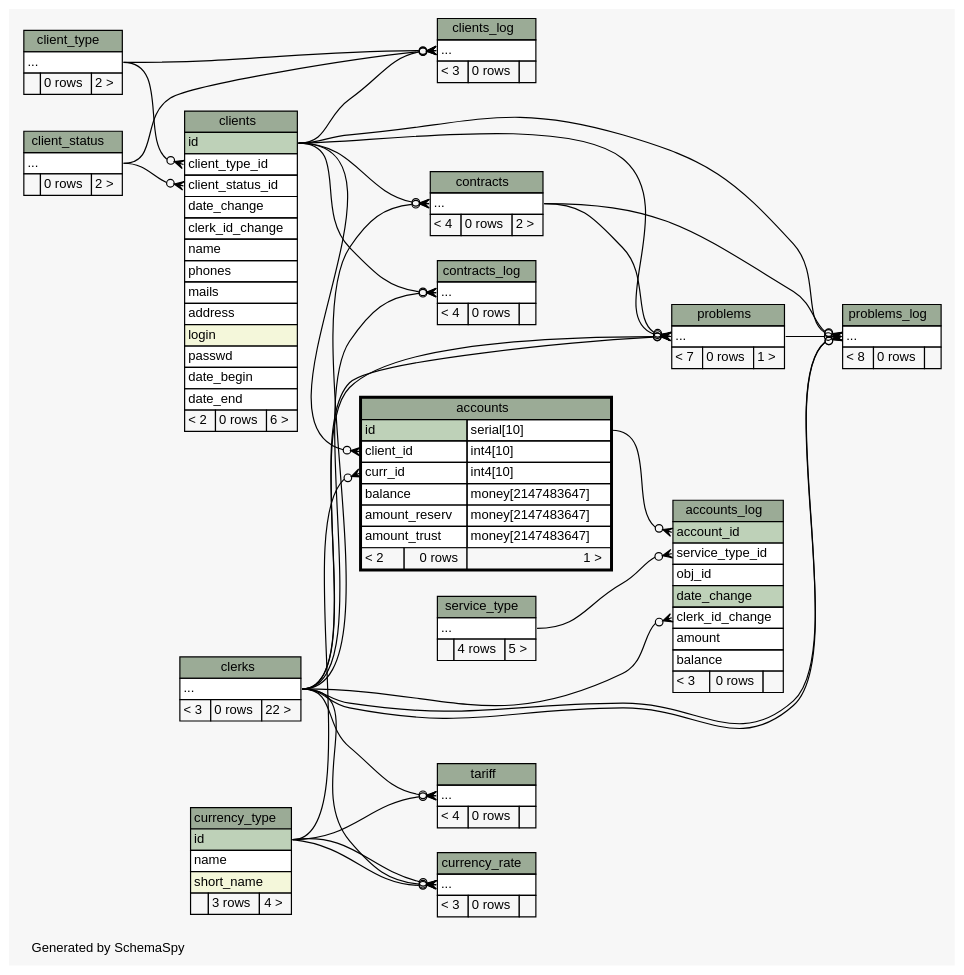
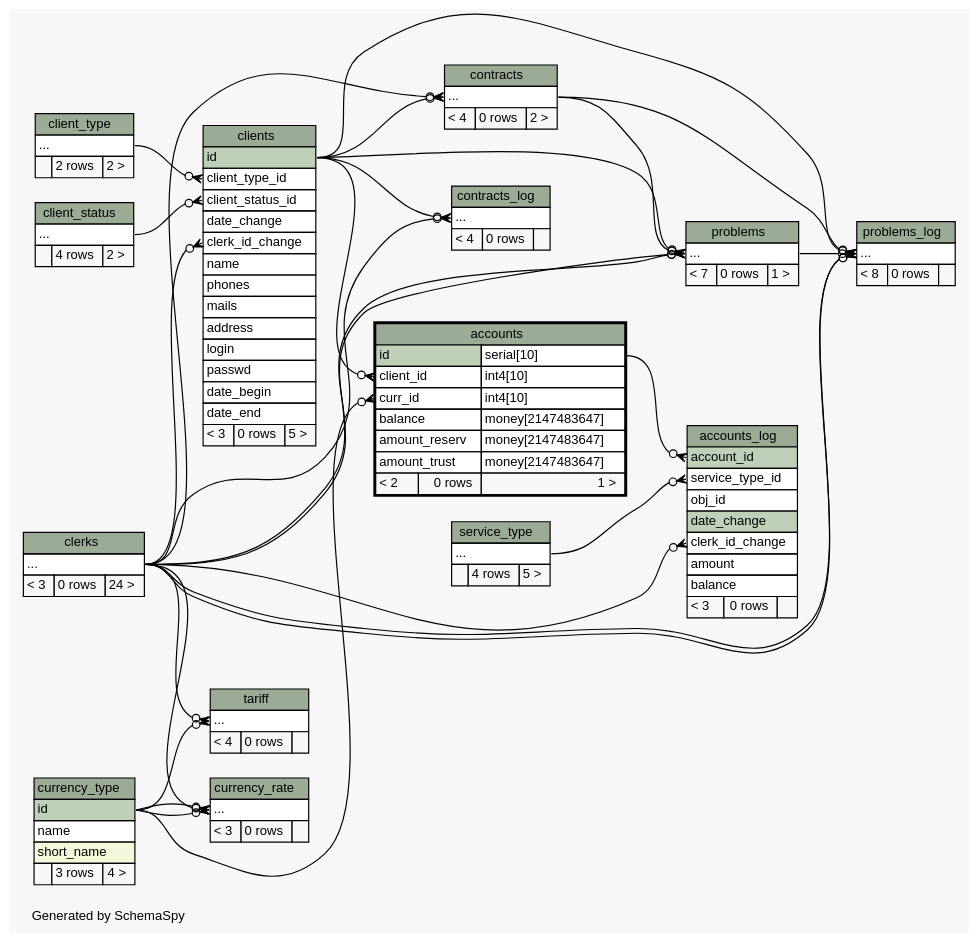
The diagram in db_schema/diagrams/accounts.2degrees.dot (okharch/avox), drawn with Graphviz before and after one commit. The commit also changed 166 other files, not shown here.

Commit message:
spyschema-modified

```diff
--- a/db_schema/diagrams/accounts.2degrees.dot
+++ b/db_schema/diagrams/accounts.2degrees.dot
@@ -24,11 +24,9 @@
   "accounts_log":"account_id":w -> "accounts":"id.type":e [arrowhead=none dir=back arrowtail=crowodot];
   "accounts_log":"clerk_id_change":w -> "clerks":"elipses":e [arrowhead=none dir=back arrowtail=crowodot];
   "accounts_log":"service_type_id":w -> "service_type":"elipses":e [arrowhead=none dir=back arrowtail=crowodot];
+  "clients":"clerk_id_change":w -> "clerks":"elipses":e [arrowhead=none dir=back arrowtail=crowodot];
   "clients":"client_status_id":w -> "client_status":"elipses":e [arrowhead=none dir=back arrowtail=crowodot];
   "clients":"client_type_id":w -> "client_type":"elipses":e [arrowhead=none dir=back arrowtail=crowodot];
-  "clients_log":"elipses":w -> "clients":"id":e [arrowhead=none dir=back arrowtail=crowodot];
-  "clients_log":"elipses":w -> "client_status":"elipses":e [arrowhead=none dir=back arrowtail=crowodot];
-  "clients_log":"elipses":w -> "client_type":"elipses":e [arrowhead=none dir=back arrowtail=crowodot];
   "contracts":"elipses":w -> "clerks":"elipses":e [arrowhead=none dir=back arrowtail=crowodot];
   "contracts":"elipses":w -> "clients":"id":e [arrowhead=none dir=back arrowtail=crowodot];
   "contracts_log":"elipses":w -> "clerks":"elipses":e [arrowhead=none dir=back arrowtail=crowodot];
@@ -83,7 +81,7 @@
     <TABLE BORDER="0" CELLBORDER="1" CELLSPACING="0" BGCOLOR="#ffffff">
       <TR><TD COLSPAN="3" BGCOLOR="#9bab96" ALIGN="CENTER">clerks</TD></TR>
       <TR><TD PORT="elipses" COLSPAN="3" ALIGN="LEFT">...</TD></TR>
-      <TR><TD ALIGN="LEFT" BGCOLOR="#f7f7f7">&lt; 3</TD><TD ALIGN="RIGHT" BGCOLOR="#f7f7f7">0 rows</TD><TD ALIGN="RIGHT" BGCOLOR="#f7f7f7">22 &gt;</TD></TR>
+      <TR><TD ALIGN="LEFT" BGCOLOR="#f7f7f7">&lt; 3</TD><TD ALIGN="RIGHT" BGCOLOR="#f7f7f7">0 rows</TD><TD ALIGN="RIGHT" BGCOLOR="#f7f7f7">24 &gt;</TD></TR>
     </TABLE>>
     URL="clerks.html"
     tooltip="clerks"
@@ -93,7 +91,7 @@
     <TABLE BORDER="0" CELLBORDER="1" CELLSPACING="0" BGCOLOR="#ffffff">
       <TR><TD COLSPAN="3" BGCOLOR="#9bab96" ALIGN="CENTER">client_status</TD></TR>
       <TR><TD PORT="elipses" COLSPAN="3" ALIGN="LEFT">...</TD></TR>
-      <TR><TD ALIGN="LEFT" BGCOLOR="#f7f7f7">  </TD><TD ALIGN="RIGHT" BGCOLOR="#f7f7f7">0 rows</TD><TD ALIGN="RIGHT" BGCOLOR="#f7f7f7">2 &gt;</TD></TR>
+      <TR><TD ALIGN="LEFT" BGCOLOR="#f7f7f7">  </TD><TD ALIGN="RIGHT" BGCOLOR="#f7f7f7">4 rows</TD><TD ALIGN="RIGHT" BGCOLOR="#f7f7f7">2 &gt;</TD></TR>
     </TABLE>>
     URL="client_status.html"
     tooltip="client_status"
@@ -103,7 +101,7 @@
     <TABLE BORDER="0" CELLBORDER="1" CELLSPACING="0" BGCOLOR="#ffffff">
       <TR><TD COLSPAN="3" BGCOLOR="#9bab96" ALIGN="CENTER">client_type</TD></TR>
       <TR><TD PORT="elipses" COLSPAN="3" ALIGN="LEFT">...</TD></TR>
-      <TR><TD ALIGN="LEFT" BGCOLOR="#f7f7f7">  </TD><TD ALIGN="RIGHT" BGCOLOR="#f7f7f7">0 rows</TD><TD ALIGN="RIGHT" BGCOLOR="#f7f7f7">2 &gt;</TD></TR>
+      <TR><TD ALIGN="LEFT" BGCOLOR="#f7f7f7">  </TD><TD ALIGN="RIGHT" BGCOLOR="#f7f7f7">2 rows</TD><TD ALIGN="RIGHT" BGCOLOR="#f7f7f7">2 &gt;</TD></TR>
     </TABLE>>
     URL="client_type.html"
     tooltip="client_type"
@@ -121,24 +119,14 @@
       <TR><TD PORT="phones" COLSPAN="3" ALIGN="LEFT">phones</TD></TR>
       <TR><TD PORT="mails" COLSPAN="3" ALIGN="LEFT">mails</TD></TR>
       <TR><TD PORT="address" COLSPAN="3" ALIGN="LEFT">address</TD></TR>
-      <TR><TD PORT="login" COLSPAN="3" BGCOLOR="#f4f7da" ALIGN="LEFT">login</TD></TR>
+      <TR><TD PORT="login" COLSPAN="3" ALIGN="LEFT">login</TD></TR>
       <TR><TD PORT="passwd" COLSPAN="3" ALIGN="LEFT">passwd</TD></TR>
       <TR><TD PORT="date_begin" COLSPAN="3" ALIGN="LEFT">date_begin</TD></TR>
       <TR><TD PORT="date_end" COLSPAN="3" ALIGN="LEFT">date_end</TD></TR>
-      <TR><TD ALIGN="LEFT" BGCOLOR="#f7f7f7">&lt; 2</TD><TD ALIGN="RIGHT" BGCOLOR="#f7f7f7">0 rows</TD><TD ALIGN="RIGHT" BGCOLOR="#f7f7f7">6 &gt;</TD></TR>
+      <TR><TD ALIGN="LEFT" BGCOLOR="#f7f7f7">&lt; 3</TD><TD ALIGN="RIGHT" BGCOLOR="#f7f7f7">0 rows</TD><TD ALIGN="RIGHT" BGCOLOR="#f7f7f7">5 &gt;</TD></TR>
     </TABLE>>
     URL="clients.html"
     tooltip="clients"
-  ];
-  "clients_log" [
-    label=<
-    <TABLE BORDER="0" CELLBORDER="1" CELLSPACING="0" BGCOLOR="#ffffff">
-      <TR><TD COLSPAN="3" BGCOLOR="#9bab96" ALIGN="CENTER">clients_log</TD></TR>
-      <TR><TD PORT="elipses" COLSPAN="3" ALIGN="LEFT">...</TD></TR>
-      <TR><TD ALIGN="LEFT" BGCOLOR="#f7f7f7">&lt; 3</TD><TD ALIGN="RIGHT" BGCOLOR="#f7f7f7">0 rows</TD><TD ALIGN="RIGHT" BGCOLOR="#f7f7f7">  </TD></TR>
-    </TABLE>>
-    URL="clients_log.html"
-    tooltip="clients_log"
   ];
   "contracts" [
     label=<
```
